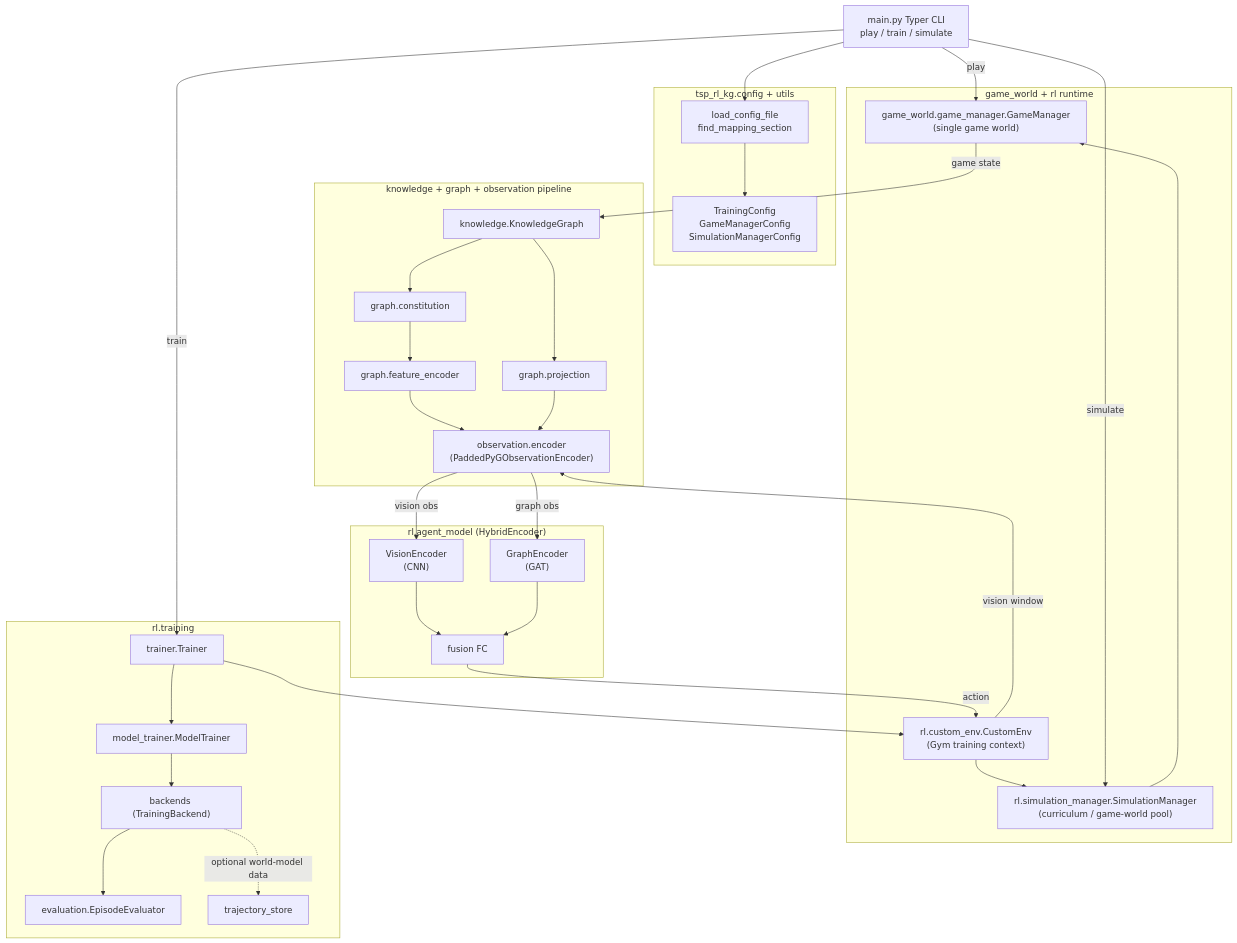
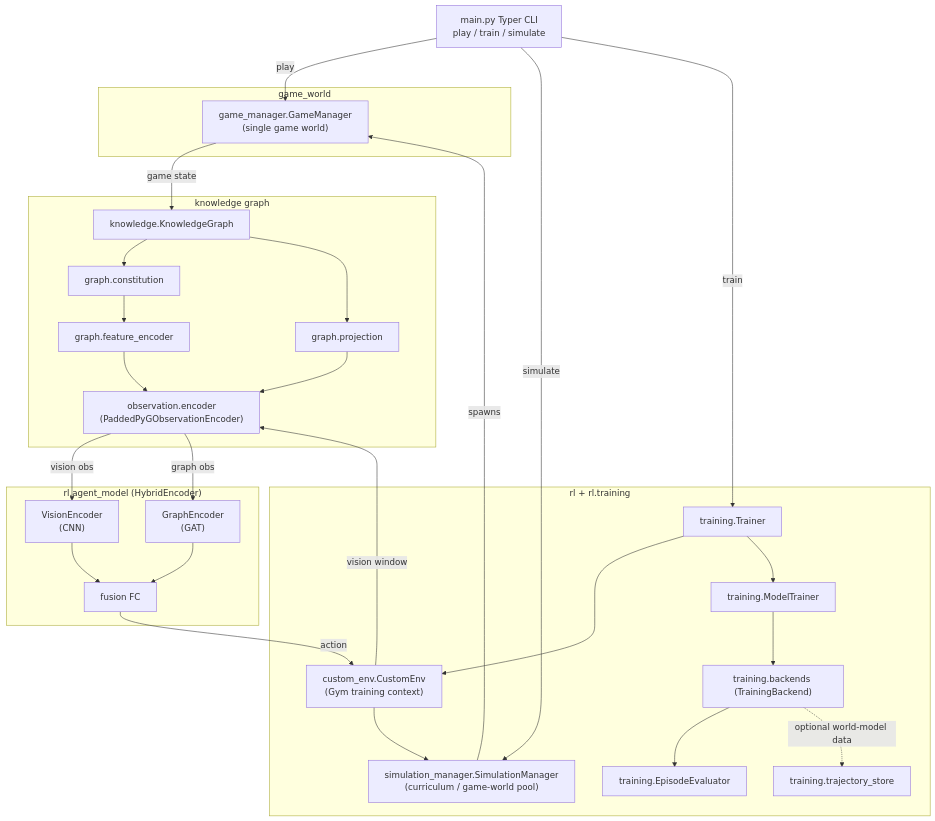
One commit to antoniomangoni/tsp_rl_kg changed the diagram in README.md. Above: the diagram before and after it, drawn with Mermaid.

Commit message:
better overview diagram

````diff
--- a/README.md
+++ b/README.md
@@ -20,57 +20,51 @@
 ```mermaid
 flowchart TD
     CLI["main.py Typer CLI\nplay / train / simulate"]
 
-    subgraph ConfigPkg["tsp_rl_kg.config + utils"]
-      CFG["TrainingConfig\nGameManagerConfig\nSimulationManagerConfig"]
-      CFGL["load_config_file\nfind_mapping_section"]
+    subgraph GameWorldPkg["game_world"]
+      GM["game_manager.GameManager\n(single game world)"]
     end
 
-    subgraph GameplayPkg["game_world + rl runtime"]
-      ENV["rl.custom_env.CustomEnv\n(Gym training context)"]
-      SIM["rl.simulation_manager.SimulationManager\n(curriculum / game-world pool)"]
-      GM["game_world.game_manager.GameManager\n(single game world)"]
-      ENV --> SIM --> GM
+    subgraph TrainPkg["rl + rl.training"]
+      ENV["custom_env.CustomEnv\n(Gym training context)"]
+      SIM["simulation_manager.SimulationManager\n(curriculum / game-world pool)"]
+      TR["training.Trainer"]
+      MT["training.ModelTrainer"]
+      BE["training.backends (TrainingBackend)"]
+      EV["training.EpisodeEvaluator"]
+      TS["training.trajectory_store"]
+      ENV --> SIM
+      TR --> ENV
+      TR --> MT --> BE --> EV
+      BE -. optional world-model data .-> TS
     end
 
-    subgraph TrainPkg["rl.training"]
-      TR["trainer.Trainer"]
-      MT["model_trainer.ModelTrainer"]
-      BE["backends (TrainingBackend)"]
-      EV["evaluation.EpisodeEvaluator"]
-      TS["trajectory_store"]
-    end
-
-    subgraph KGObsPkg["knowledge + graph + observation pipeline"]
+    subgraph KGObsPkg["knowledge graph"]
       KG["knowledge.KnowledgeGraph"]
       CON["graph.constitution"]
       FE["graph.feature_encoder"]
       PROJ["graph.projection"]
       OE["observation.encoder\n(PaddedPyGObservationEncoder)"]
       KG --> CON --> FE --> OE
       KG --> PROJ --> OE
     end
 
     subgraph ModelPkg["rl.agent_model (HybridEncoder)"]
       CNN["VisionEncoder\n(CNN)"]
       GAT["GraphEncoder\n(GAT)"]
       FUSION["fusion FC"]
       CNN --> FUSION
       GAT --> FUSION
     end
 
-    CLI --> CFGL --> CFG
     CLI -->|play| GM
     CLI -->|simulate| SIM
     CLI -->|train| TR
 
-    TR --> ENV
-    TR --> MT --> BE --> EV
-    BE -. optional world-model data .-> TS
-
+    SIM -->|"spawns"| GM
     GM -->|"game state"| KG
     ENV -->|"vision window"| OE
     OE -->|"vision obs"| CNN
     OE -->|"graph obs"| GAT
     FUSION -->|"action"| ENV
 ```
````
